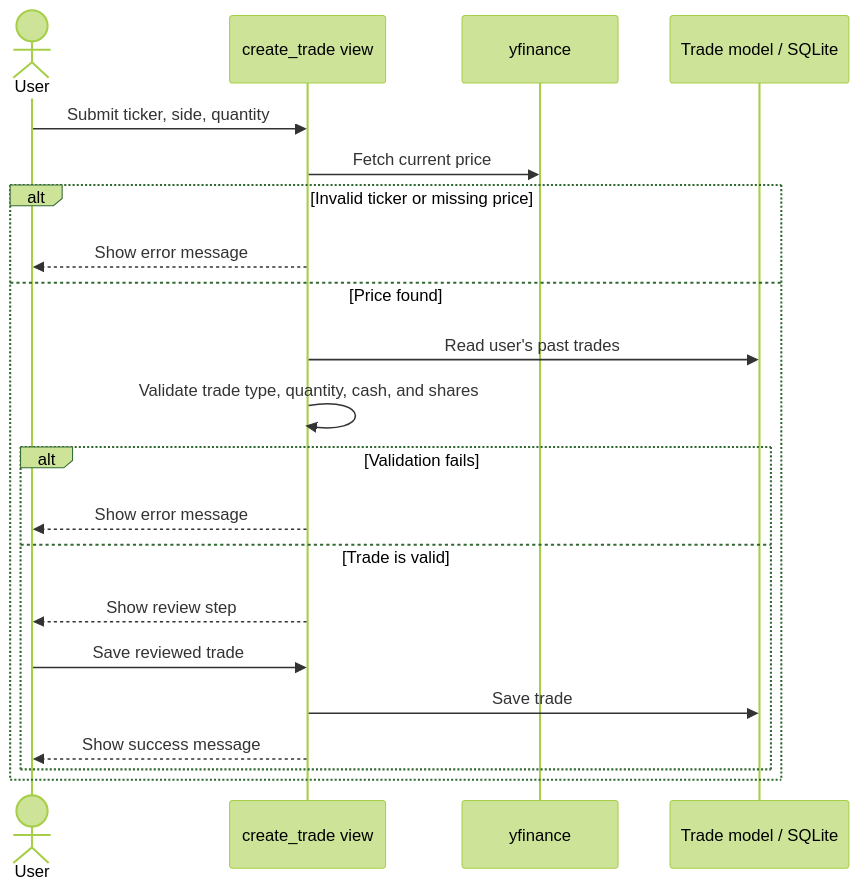
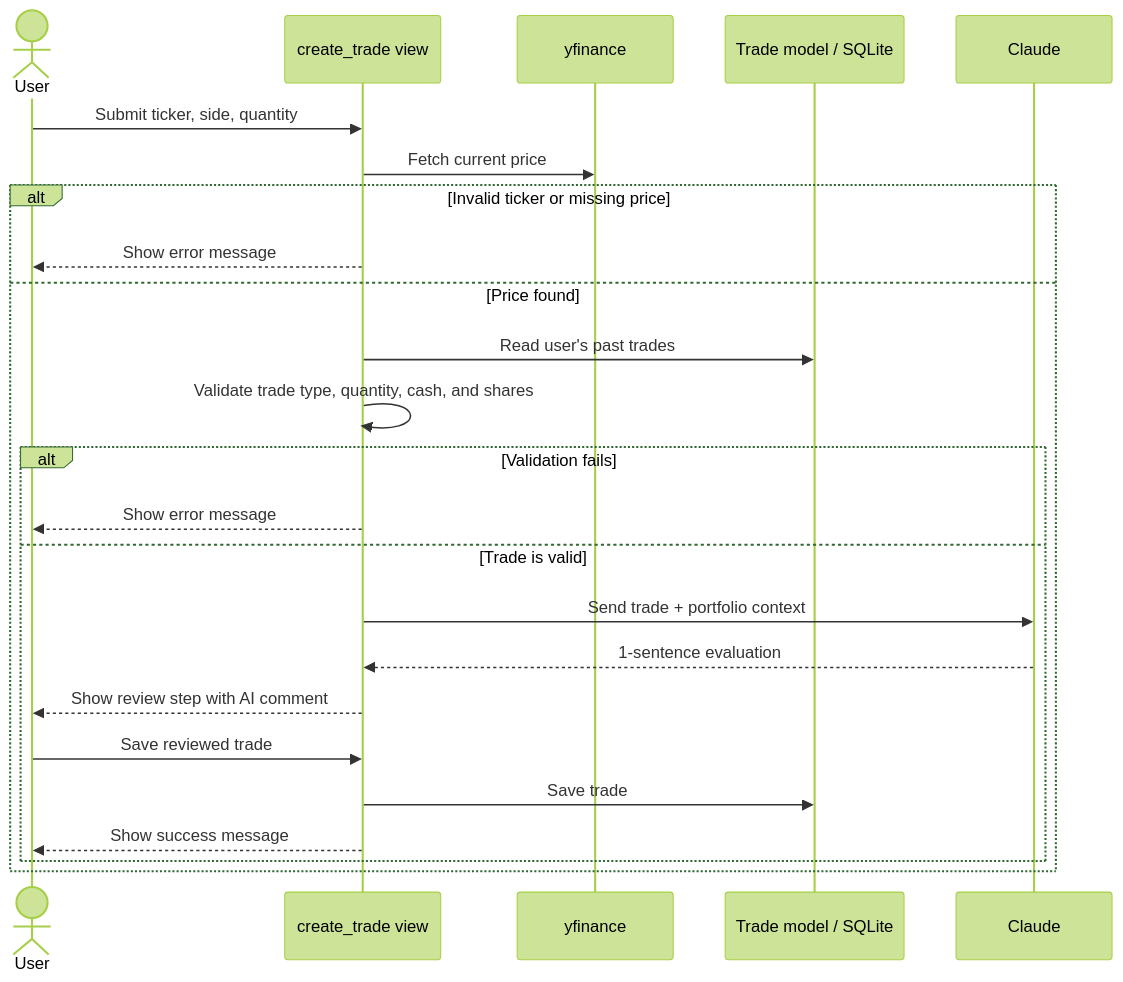
The fifth of 5 diagrams in README.md (noahstephenson/Paper-Trading-App), drawn with Mermaid (forest theme) before and after one commit. The commit also changed other lines of this file, not shown here.

Commit message:
Update README with AI features and demo flow

````diff
--- a/README.md
+++ b/README.md
@@ -161,26 +163,28 @@
 ```mermaid
 sequenceDiagram
     actor User
     participant TradeView as create_trade view
     participant YFinance as yfinance
     participant TradeDB as Trade model / SQLite
 
     User->>TradeView: Submit ticker, side, quantity
     TradeView->>YFinance: Fetch current price
 
     alt Invalid ticker or missing price
         TradeView-->>User: Show error message
     else Price found
         TradeView->>TradeDB: Read user's past trades
         TradeView->>TradeView: Validate trade type, quantity, cash, and shares
 
         alt Validation fails
             TradeView-->>User: Show error message
         else Trade is valid
-            TradeView-->>User: Show review step
+            TradeView->>Claude: Send trade + portfolio context
+            Claude-->>TradeView: 1-sentence evaluation
+            TradeView-->>User: Show review step with AI comment
             User->>TradeView: Save reviewed trade
             TradeView->>TradeDB: Save trade
             TradeView-->>User: Show success message
         end
     end
 ```
````
